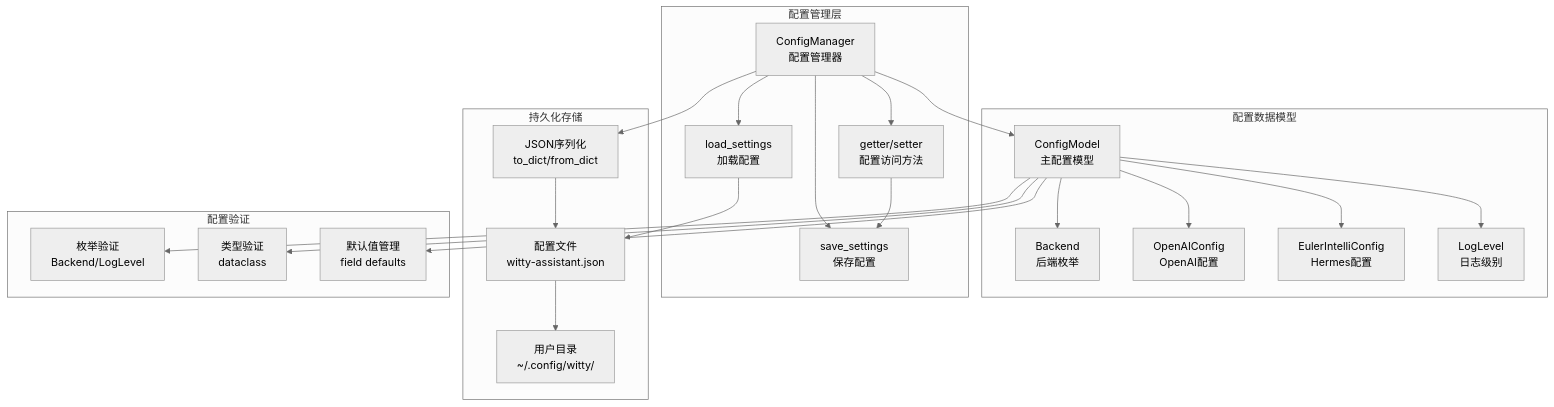
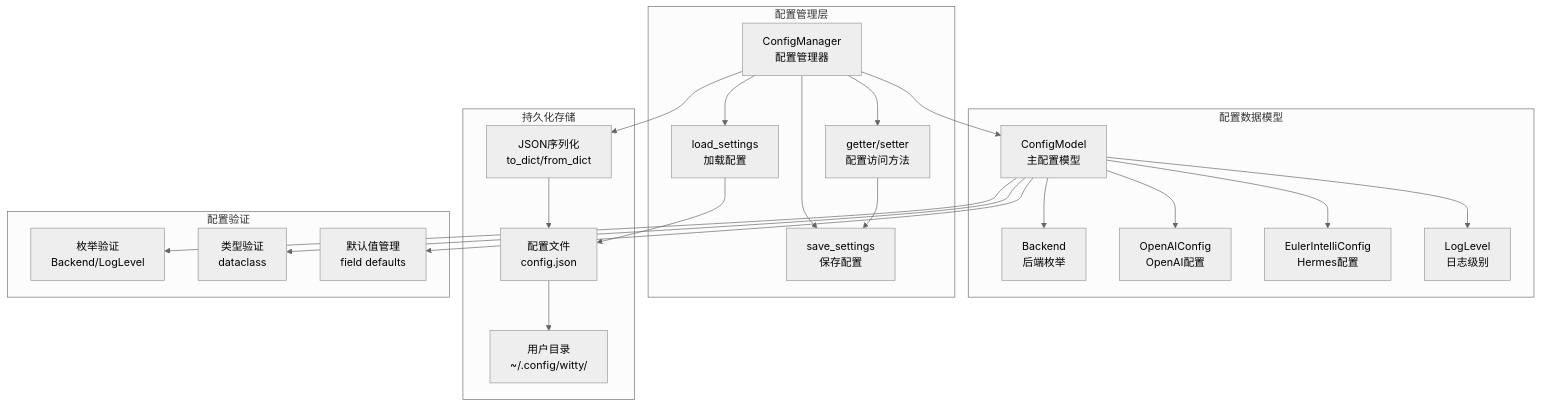
The first of 9 diagrams in docs/development/design/配置管理模块设计.md (openeuler-mirror/euler-copilot-shell), drawn with Mermaid (neutral theme) before and after one commit. The commit also changed other lines of this file and 8 other files, not shown here.

````diff
--- a/docs/development/design/配置管理模块设计.md
+++ b/docs/development/design/配置管理模块设计.md
@@ -11,34 +11,34 @@
 ```mermaid
 graph TB
     subgraph "配置数据模型"
         A[ConfigModel<br/>主配置模型] --> B[Backend<br/>后端枚举]
         A --> C[OpenAIConfig<br/>OpenAI配置]  
         A --> D[EulerIntelliConfig<br/>Hermes配置]
         A --> E[LogLevel<br/>日志级别]
     end
     
     subgraph "配置管理层"
         F[ConfigManager<br/>配置管理器] --> G[load_settings<br/>加载配置]
         F --> H[save_settings<br/>保存配置]
         F --> I[getter/setter<br/>配置访问方法]
     end
     
     subgraph "持久化存储"
-        J[JSON序列化<br/>to_dict/from_dict] --> K[配置文件<br/>witty-assistant.json]
+        J[JSON序列化<br/>to_dict/from_dict] --> K[配置文件<br/>config.json]
         K --> L[用户目录<br/>~/.config/witty/]
     end
     
     subgraph "配置验证"
         M[枚举验证<br/>Backend/LogLevel]
         N[类型验证<br/>dataclass]
         O[默认值管理<br/>field defaults]
     end
     
     F --> A
     F --> J
     I --> H
     G --> K
     A --> M
     A --> N
     A --> O
 ```
````
